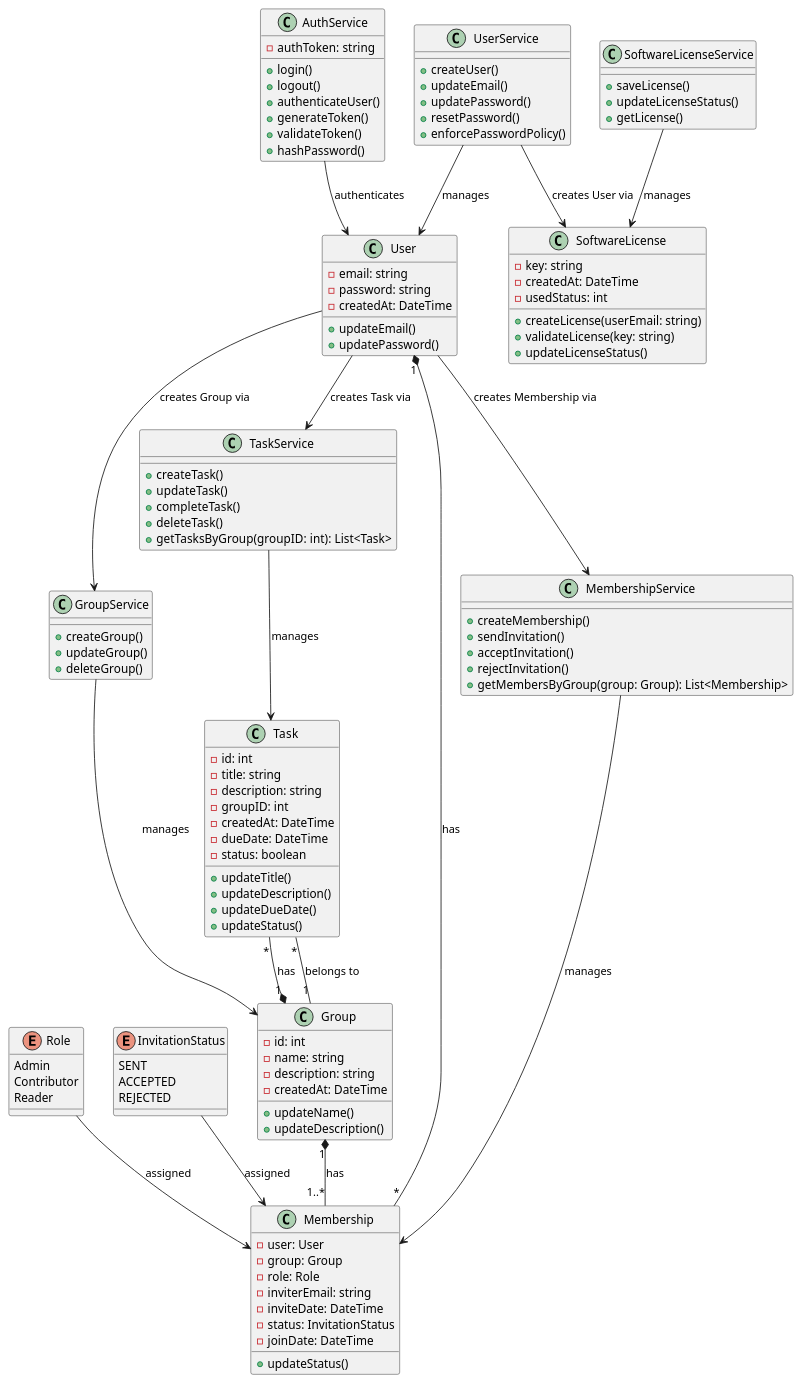
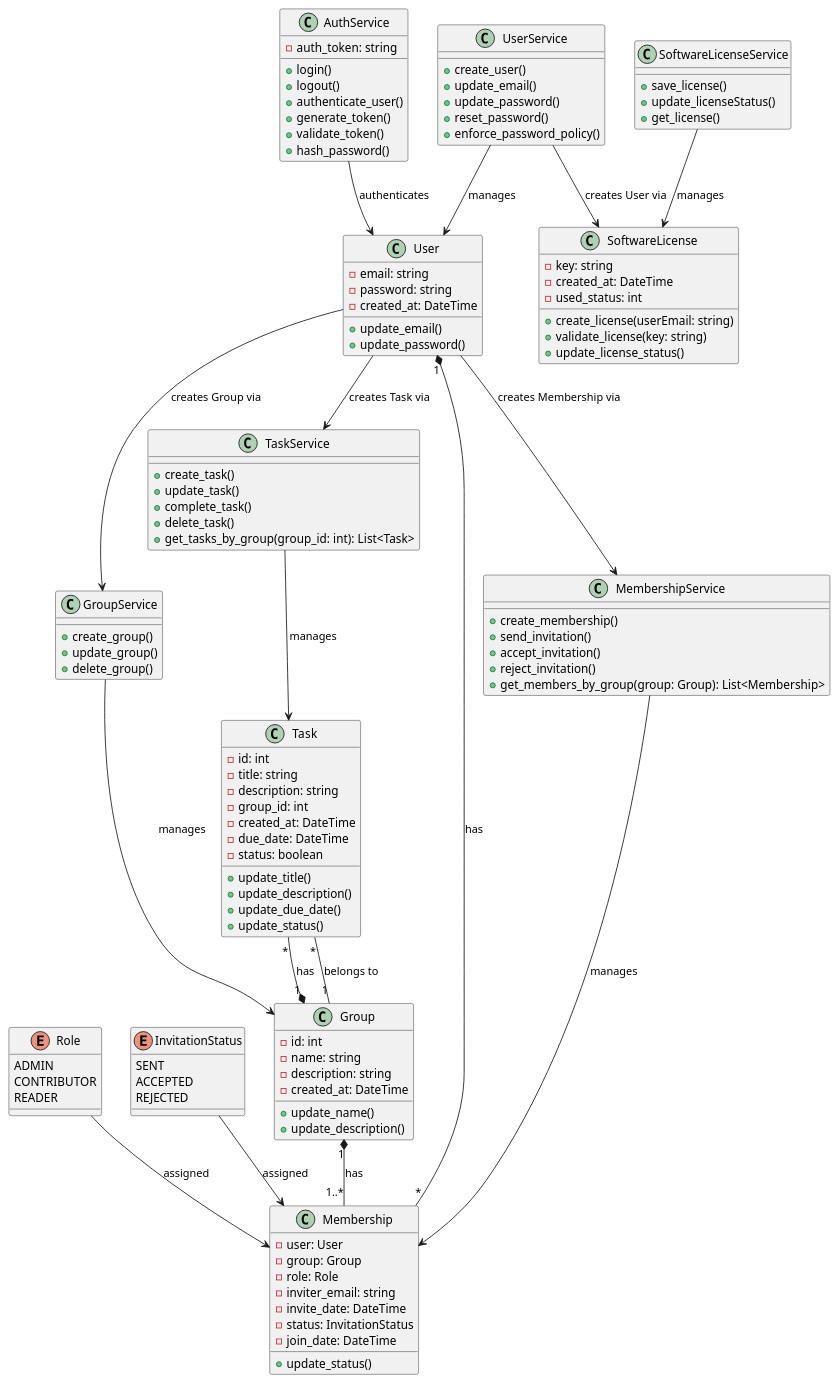
Before and after one commit to OmerEgeOzyaba/CSCI3100-project: the diagram in documentation/Design_Implementation/backend_class_uml.puml, drawn with PlantUML.

Commit message:
Corrected naming according to naming conventions

```diff
--- a/documentation/Design_Implementation/backend_class_uml.puml
+++ b/documentation/Design_Implementation/backend_class_uml.puml
@@ -1,140 +1,140 @@
 @startuml
 
 class User {
 	- email: string
 	- password: string
-	- createdAt: DateTime
+	- created_at: DateTime
 '-------------------------------
-	+ updateEmail()
-	+ updatePassword()
+	+ update_email()
+	+ update_password()
 }
 
 class UserService {
-        + createUser()
-        + updateEmail()
-        + updatePassword()
-        + resetPassword()
-	+ enforcePasswordPolicy()
+        + create_user()
+        + update_email()
+        + update_password()
+        + reset_password()
+	+ enforce_password_policy()
 }
 
 class Task {
 	- id: int
 	- title: string
 	- description: string
-	- groupID: int
-	- createdAt: DateTime
-	- dueDate: DateTime
+	- group_id: int
+	- created_at: DateTime
+	- due_date: DateTime
 	- status: boolean
 '--------------------------------
-	+ updateTitle()
-	+ updateDescription()
-	+ updateDueDate()
-	+ updateStatus()
+	+ update_title()
+	+ update_description()
+	+ update_due_date()
+	+ update_status()
 }
 
 class TaskService {
-        + createTask()
-        + updateTask()
-        + completeTask()
-        + deleteTask()
-	+ getTasksByGroup(groupID: int): List<Task>
+        + create_task()
+        + update_task()
+        + complete_task()
+        + delete_task()
+	+ get_tasks_by_group(group_id: int): List<Task>
 }
 
 class Group {
 	- id: int
 	- name: string
 	- description: string
-	- createdAt: DateTime
+	- created_at: DateTime
 '---------------------------------
-	+ updateName()
-	+ updateDescription()
+	+ update_name()
+	+ update_description()
 }
 
 class GroupService {
-	+ createGroup()
-	+ updateGroup()
-	+ deleteGroup()
+	+ create_group()
+	+ update_group()
+	+ delete_group()
 }
 
 class Membership {
 	- user: User
 	- group: Group
 	- role: Role
-	- inviterEmail: string
-	- inviteDate: DateTime
+	- inviter_email: string
+	- invite_date: DateTime
 	- status: InvitationStatus
-	- joinDate: DateTime
+	- join_date: DateTime
 '---------------------------------
-	+ updateStatus()
+	+ update_status()
 }
 
 class MembershipService {
-	+ createMembership()
-	+ sendInvitation()
-	+ acceptInvitation()
-	+ rejectInvitation()
-        + getMembersByGroup(group: Group): List<Membership>
+	+ create_membership()
+	+ send_invitation()
+	+ accept_invitation()
+	+ reject_invitation()
+        + get_members_by_group(group: Group): List<Membership>
 
 }
 
 class AuthService {
-	- authToken: string
+	- auth_token: string
 '---------------------------------
 	+ login()
 	+ logout()
-	+ authenticateUser()
-	+ generateToken()
-	+ validateToken()
-	+ hashPassword()
+	+ authenticate_user()
+	+ generate_token()
+	+ validate_token()
+	+ hash_password()
 }
 
 class SoftwareLicense {
 	- key: string
-	- createdAt: DateTime
-	- usedStatus: int
+	- created_at: DateTime
+	- used_status: int
 '---------------------------------
-	+ createLicense(userEmail: string)
-	+ validateLicense(key: string)
-	+ updateLicenseStatus()
+	+ create_license(userEmail: string)
+	+ validate_license(key: string)
+	+ update_license_status()
 }
 
 class SoftwareLicenseService {
-	+ saveLicense()
-	+ updateLicenseStatus()
-	+ getLicense()
+	+ save_license()
+	+ update_licenseStatus()
+	+ get_license()
 }
 
 enum Role {
-        Admin
-        Contributor
-        Reader
+        ADMIN
+        CONTRIBUTOR
+        READER
 }
 
 enum InvitationStatus {
         SENT
         ACCEPTED
         REJECTED
 }
 
 User --> TaskService: creates Task via
 User --> GroupService: creates Group via
 User --> MembershipService: creates Membership via
 User "1" *-- "*" Membership: has
 AuthService --> User: authenticates
 UserService --> User: manages
 
 TaskService --> Task: manages
 Task "*" -- "1" Group: belongs to
 
 GroupService --> Group: manages
 Group "1" *-- "1..*" Membership: has
 Group "1" *-- "*" Task: has
 
 MembershipService --> Membership: manages
 Role --> Membership: assigned
 InvitationStatus --> Membership: assigned
 
 UserService --> SoftwareLicense: creates User via
 SoftwareLicenseService --> SoftwareLicense: manages
 
 @enduml
```
